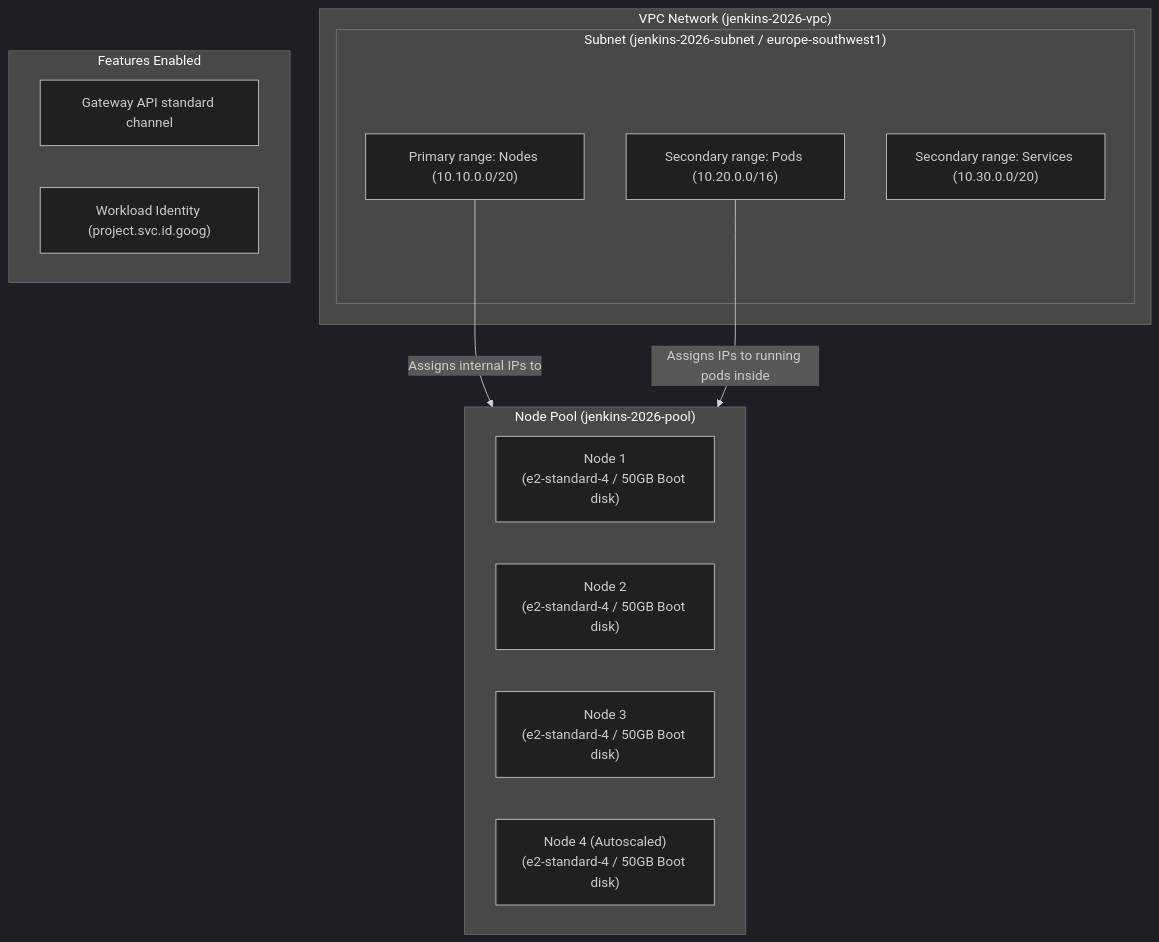
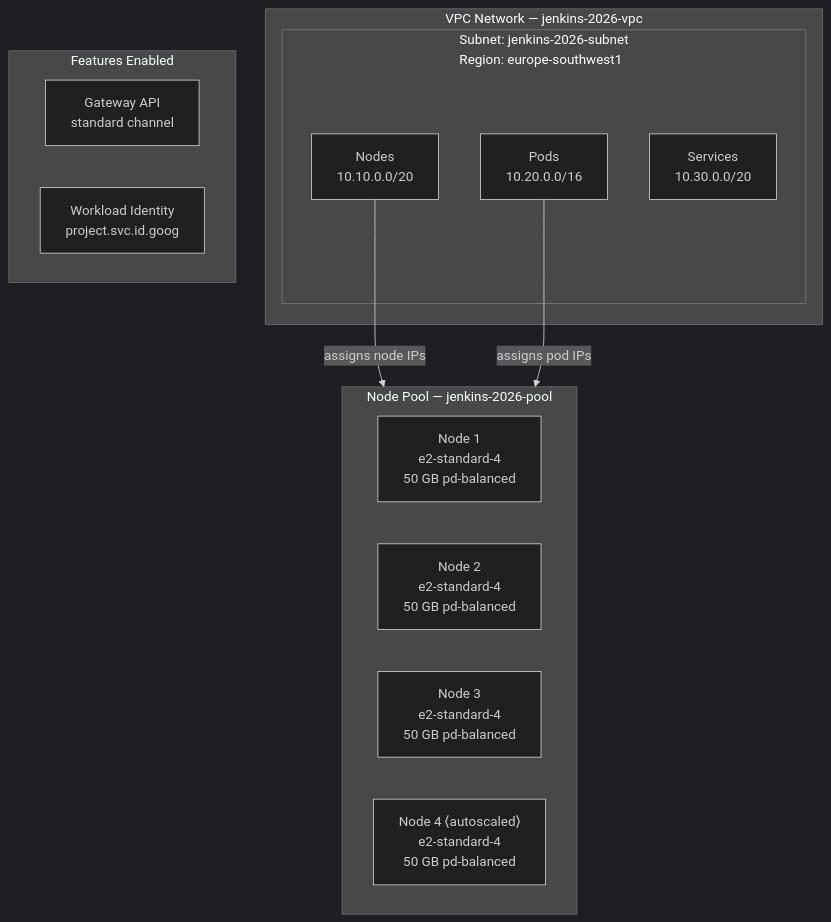
One commit to nubenetes/jenkins-2026 changed the seventh of 8 diagrams in README.md. Above: the diagram before and after it, drawn with Mermaid (dark theme). The commit also changed other lines of this file, not shown here.

First line of the commit message:
docs: fix text cutoff in all three Mermaid diagrams in README

````diff
--- a/README.md
+++ b/README.md
@@ -1068,26 +1068,26 @@
 ```mermaid
 graph TD
-    subgraph VPC ["VPC Network (jenkins-2026-vpc)"]
-        subgraph Subnet ["Subnet (jenkins-2026-subnet / europe-southwest1)"]
-            NodeIPs["Primary range: Nodes (10.10.0.0/20)"]
-            PodIPs["Secondary range: Pods (10.20.0.0/16)"]
-            SvcIPs["Secondary range: Services (10.30.0.0/20)"]
+    subgraph VPC ["VPC Network — jenkins-2026-vpc"]
+        subgraph Subnet ["Subnet: jenkins-2026-subnet<br>Region: europe-southwest1"]
+            NodeIPs["Nodes<br>10.10.0.0/20"]
+            PodIPs["Pods<br>10.20.0.0/16"]
+            SvcIPs["Services<br>10.30.0.0/20"]
         end
     end
 
-    subgraph NodePool ["Node Pool (jenkins-2026-pool)"]
+    subgraph NodePool ["Node Pool — jenkins-2026-pool"]
         direction LR
-        Node1["Node 1<br>(e2-standard-4 / 50GB Boot disk)"]
-        Node2["Node 2<br>(e2-standard-4 / 50GB Boot disk)"]
-        Node3["Node 3<br>(e2-standard-4 / 50GB Boot disk)"]
-        Node4["Node 4 (Autoscaled)<br>(e2-standard-4 / 50GB Boot disk)"]
+        Node1["Node 1<br>e2-standard-4<br>50 GB pd-balanced"]
+        Node2["Node 2<br>e2-standard-4<br>50 GB pd-balanced"]
+        Node3["Node 3<br>e2-standard-4<br>50 GB pd-balanced"]
+        Node4["Node 4 ⟨autoscaled⟩<br>e2-standard-4<br>50 GB pd-balanced"]
     end
 
-    NodeIPs -->|"Assigns internal IPs to"| NodePool
-    PodIPs -->|"Assigns IPs to running pods inside"| NodePool
-    
+    NodeIPs -->|"assigns node IPs"| NodePool
+    PodIPs -->|"assigns pod IPs"| NodePool
+
     subgraph GKEFeatures ["Features Enabled"]
-        GW["Gateway API standard channel"]
-        WI["Workload Identity (project.svc.id.goog)"]
+        GW["Gateway API<br>standard channel"]
+        WI["Workload Identity<br>project.svc.id.goog"]
     end
 ```
````
